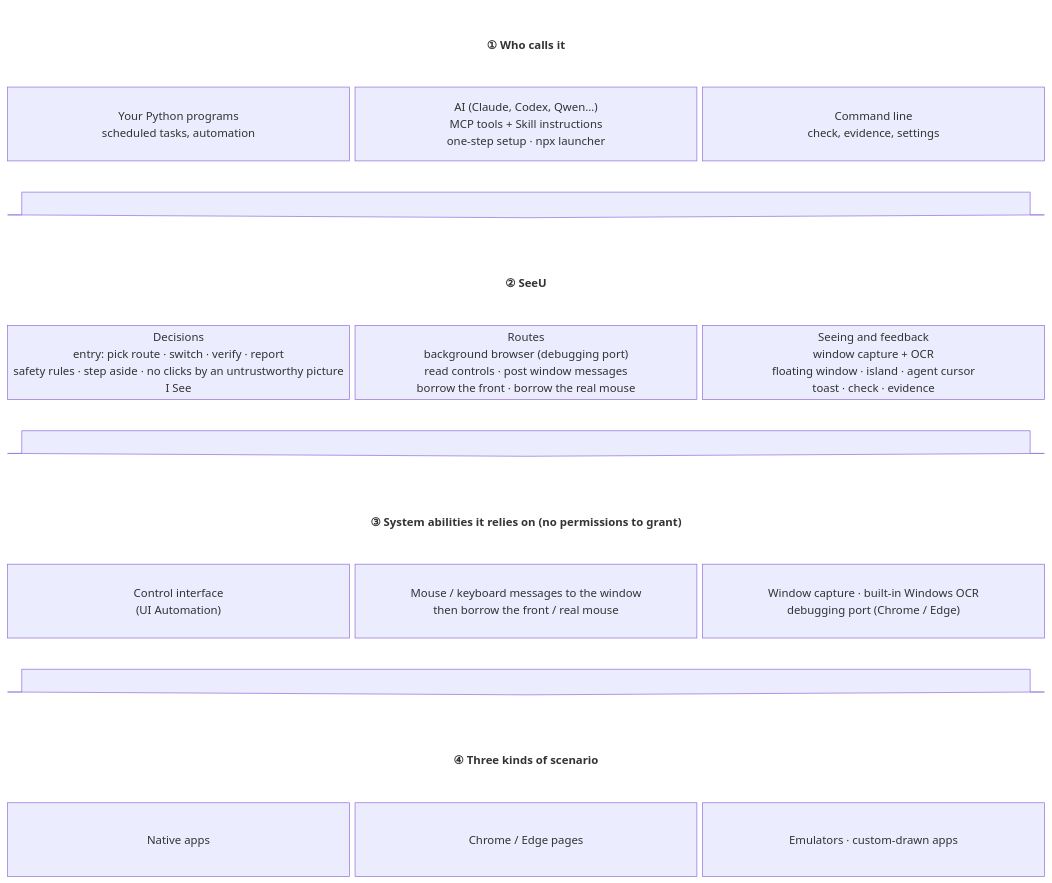
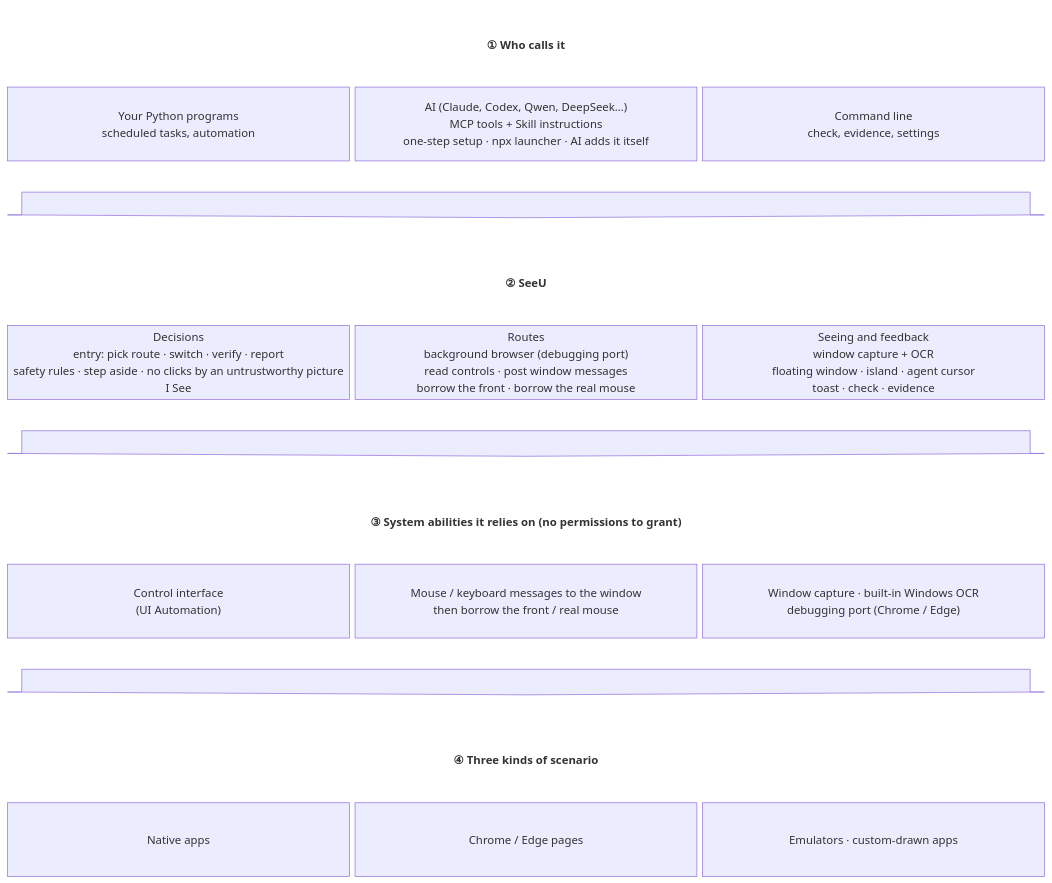
Before and after one commit to Mr-Bingoo/seeu-computeruse: the second of 16 diagrams in docs/SeeU-diagrams.md, drawn with Mermaid. The commit also changed other lines of this file and 41 other files, not shown here.

````diff
--- a/docs/SeeU-diagrams.md
+++ b/docs/SeeU-diagrams.md
@@ -42,23 +42,23 @@
 ```mermaid
 block-beta
   columns 6
   H1["① Who calls it"]:6
   U1["Your Python programs<br/>scheduled tasks, automation"]:2
-  U2["AI (Claude, Codex, Qwen…)<br/>MCP tools + Skill instructions<br/>one-step setup · npx launcher"]:2
+  U2["AI (Claude, Codex, Qwen, DeepSeek…)<br/>MCP tools + Skill instructions<br/>one-step setup · npx launcher · AI adds it itself"]:2
   U3["Command line<br/>check, evidence, settings"]:2
   D1<["&nbsp;"]>(down):6
   H2["② SeeU"]:6
   J["Decisions<br/>entry: pick route · switch · verify · report<br/>safety rules · step aside · no clicks by an untrustworthy picture<br/>I See"]:2
   R["Routes<br/>background browser (debugging port)<br/>read controls · post window messages<br/>borrow the front · borrow the real mouse"]:2
   FB["Seeing and feedback<br/>window capture + OCR<br/>floating window · island · agent cursor<br/>toast · check · evidence"]:2
   D2<["&nbsp;"]>(down):6
   H3["③ System abilities it relies on (no permissions to grant)"]:6
   P1["Control interface<br/>(UI Automation)"]:2
   P3["Mouse / keyboard messages to the window<br/>then borrow the front / real mouse"]:2
   P4["Window capture · built-in Windows OCR<br/>debugging port (Chrome / Edge)"]:2
   D3<["&nbsp;"]>(down):6
   H4["④ Three kinds of scenario"]:6
   A1["Native apps"]:2 A2["Chrome / Edge pages"]:2 A3["Emulators · custom-drawn apps"]:2
   classDef head fill:none,stroke:none,font-weight:bold
   class H1,H2,H3,H4 head
 ```
````
